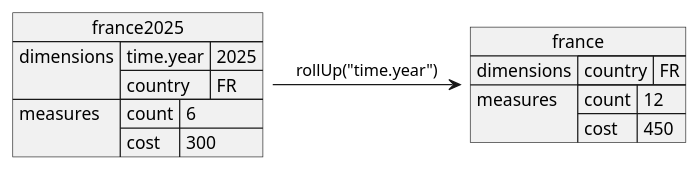
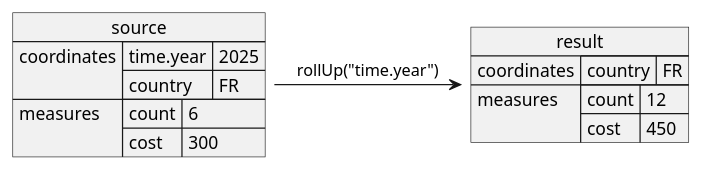
Before and after one commit to rekalogika/rekalogika-docs: the diagram in docs/analytics/04-query/diagrams/rollUp.puml, drawn with PlantUML. The commit also changed 8 other files, not shown here.

```diff
--- a/docs/analytics/04-query/diagrams/rollUp.puml
+++ b/docs/analytics/04-query/diagrams/rollUp.puml
@@ -1,30 +1,30 @@
 @startuml
 
 
-json france2025 {
-    "dimensions": {
+json source {
+    "coordinates": {
         "time.year":"2025",
         "country":"FR"
     }
     ,
     "measures": {
         "count": 6,
         "cost": 300
     }
 }
 
-json france {
-    "dimensions": {
+json result {
+    "coordinates": {
         "country":"FR"
     }
     ,
     "measures": {
         "count": 12,
         "cost": 450
     }
 }
 
-france2025 -> france : rollUp("time.year")
+source -> result : rollUp("time.year")
 
 
 @endu
```
